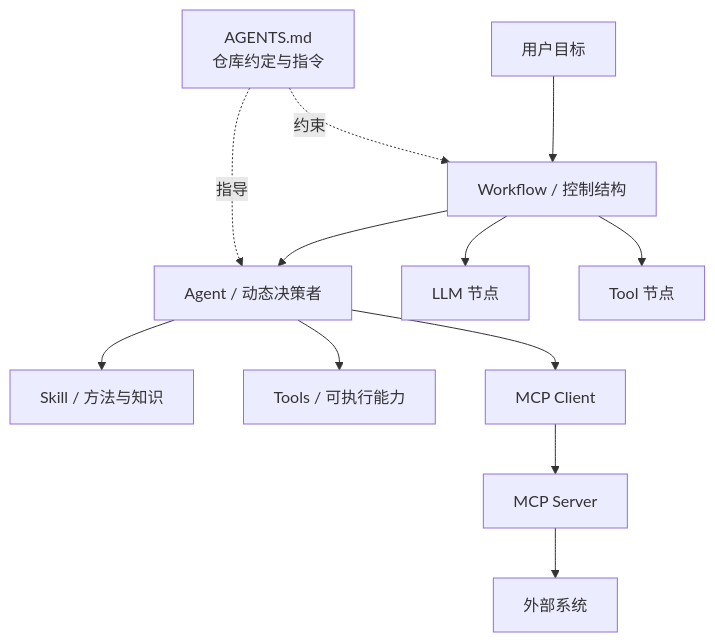
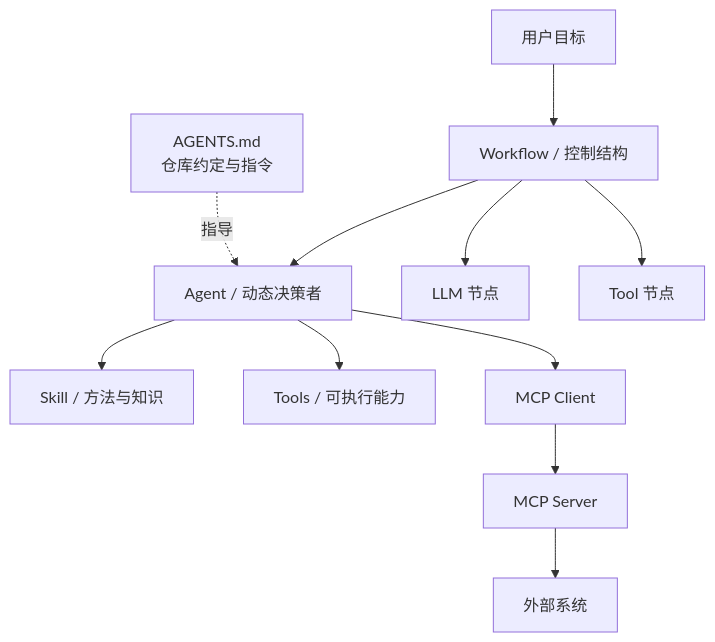
The first of 15 diagrams in docs/agent/01-foundations/03-agentic-building-blocks.md (oneleaveknowsthefall/awesome-ai-roadmap), drawn with Mermaid before and after one commit. The commit also changed other lines of this file and 34 other files, not shown here.

````diff
--- a/docs/agent/01-foundations/03-agentic-building-blocks.md
+++ b/docs/agent/01-foundations/03-agentic-building-blocks.md
@@ -17,16 +17,15 @@
 ```mermaid
 flowchart TB
     U[用户目标] --> W[Workflow / 控制结构]
     W --> A[Agent / 动态决策者]
     W --> L[LLM 节点]
     W --> T1[Tool 节点]
 
     A --> S[Skill / 方法与知识]
     A --> T2[Tools / 可执行能力]
     A --> M[MCP Client]
     M --> MS[MCP Server]
     MS --> EXT[外部系统]
 
     I[AGENTS.md<br/>仓库约定与指令] -.指导.-> A
-    I -.约束.-> W
 ```
````
